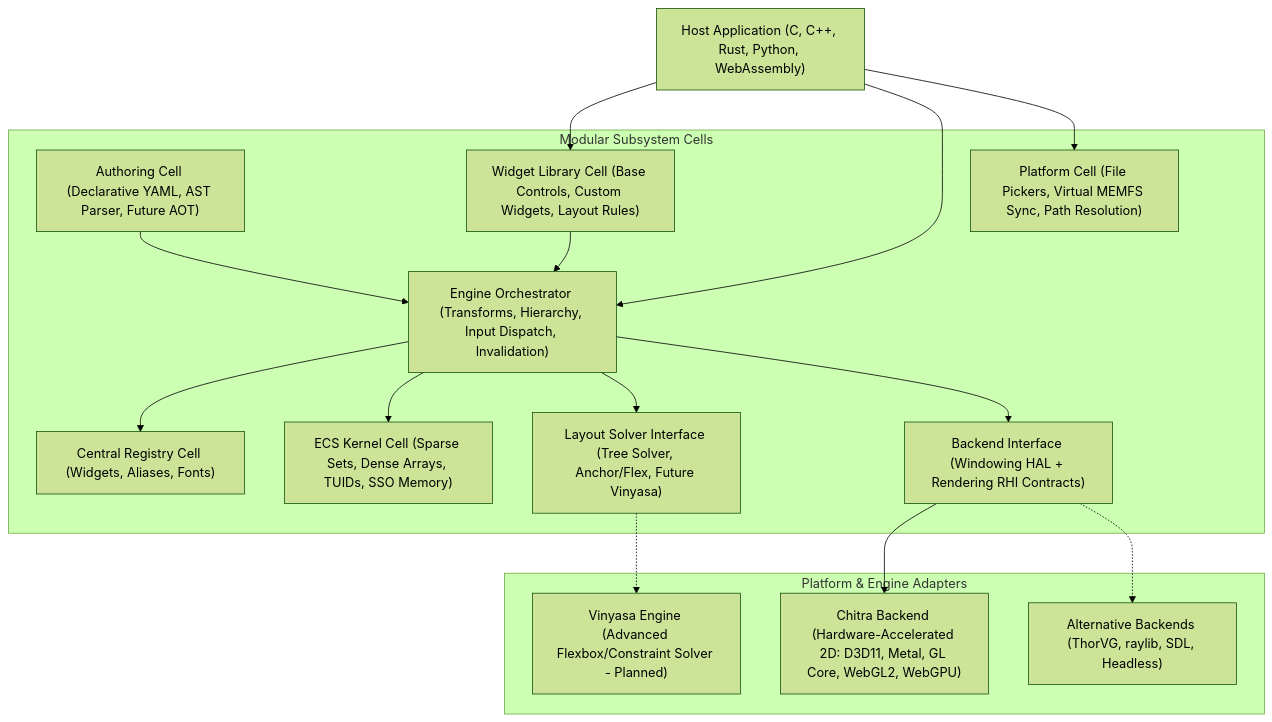
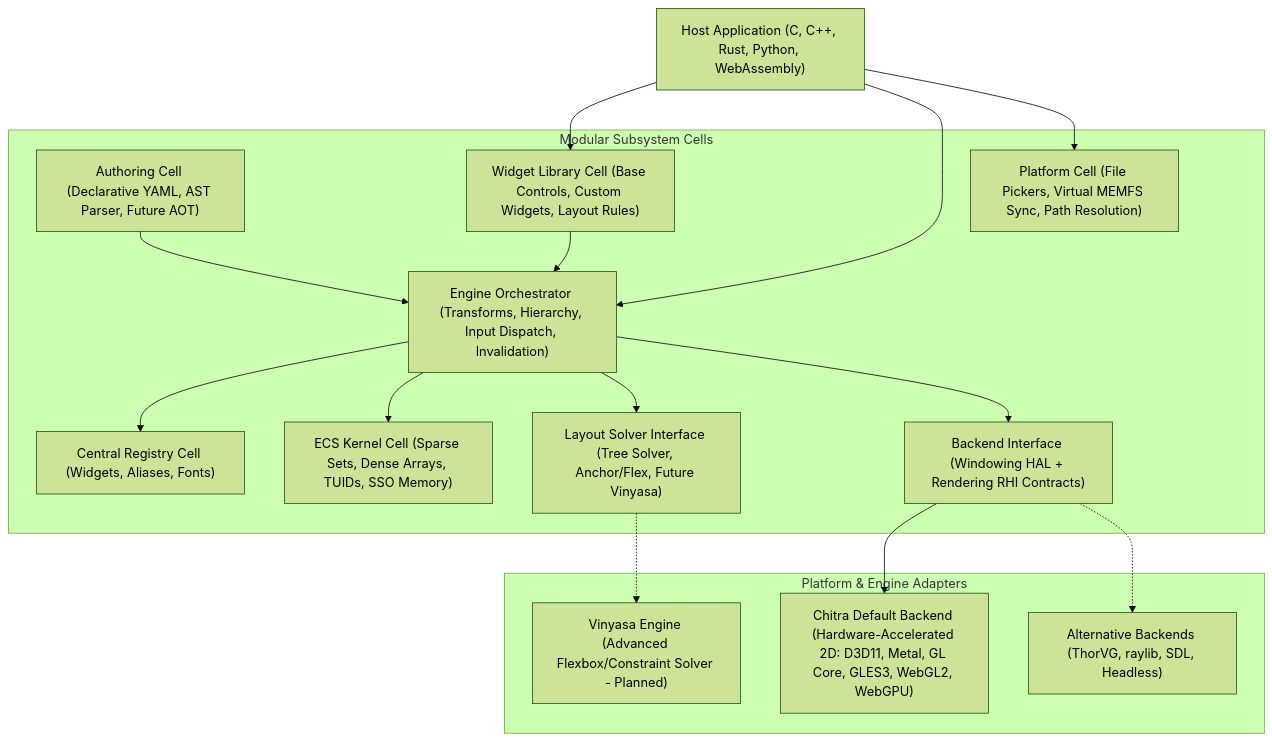
The diagram in docs/index.md (Yuvi-GD/Tether), drawn with Mermaid (forest theme) before and after one commit. The commit also changed other lines of this file and 11 other files, not shown here.

Commit message:
docs: update platform architecture, clean versioning, and document mobile and embedded support

````diff
--- a/docs/index.md
+++ b/docs/index.md
@@ -31,36 +30,36 @@
 ```mermaid
 flowchart TD
     Host["Host Application (C, C++, Rust, Python, WebAssembly)"]
     
     subgraph Cells["Modular Subsystem Cells"]
         Authoring["Authoring Cell (Declarative YAML, AST Parser, Future AOT)"]
         UI["Widget Library Cell (Base Controls, Custom Widgets, Layout Rules)"]
         Registry["Central Registry Cell (Widgets, Aliases, Fonts)"]
         Engine["Engine Orchestrator (Transforms, Hierarchy, Input Dispatch, Invalidation)"]
         Kernel["ECS Kernel Cell (Sparse Sets, Dense Arrays, TUIDs, SSO Memory)"]
         Layout["Layout Solver Interface (Tree Solver, Anchor/Flex, Future Vinyasa)"]
         Platform["Platform Cell (File Pickers, Virtual MEMFS Sync, Path Resolution)"]
         Backend["Backend Interface (Windowing HAL + Rendering RHI Contracts)"]
     end
 
     subgraph Adapters["Platform & Engine Adapters"]
-        Chitra["Chitra Backend (Hardware-Accelerated 2D: D3D11, Metal, GL Core, WebGL2, WebGPU)"]
+        Chitra["Chitra Default Backend (Hardware-Accelerated 2D: D3D11, Metal, GL Core, GLES3, WebGL2, WebGPU)"]
         Vinyasa["Vinyasa Engine (Advanced Flexbox/Constraint Solver - Planned)"]
         OtherBackends["Alternative Backends (ThorVG, raylib, SDL, Headless)"]
     end
 
     Host --> UI
     Host --> Engine
     Host --> Platform
     UI --> Engine
     Authoring --> Engine
     
     Engine --> Registry
     Engine --> Kernel
     Engine --> Layout
     Engine --> Backend
     
     Layout -.-> Vinyasa
     Backend --> Chitra
     Backend -.-> OtherBackends
 ```
````
